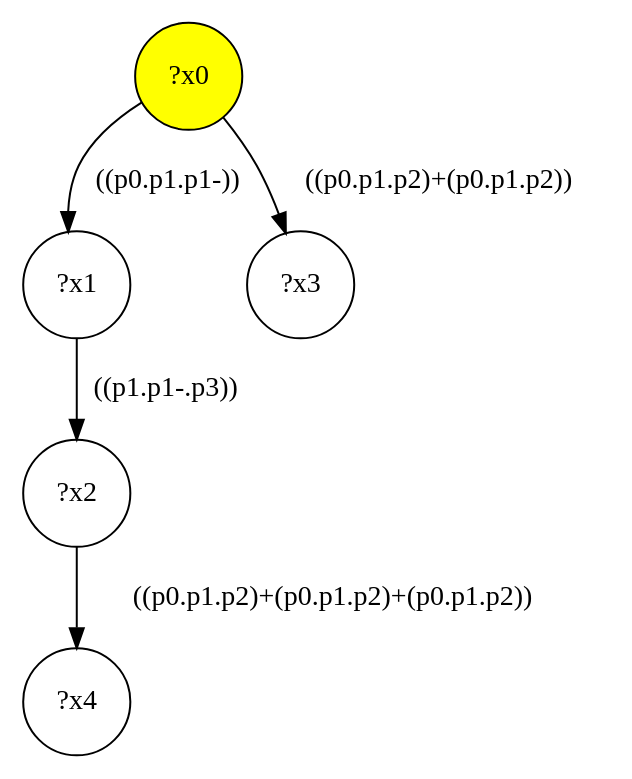
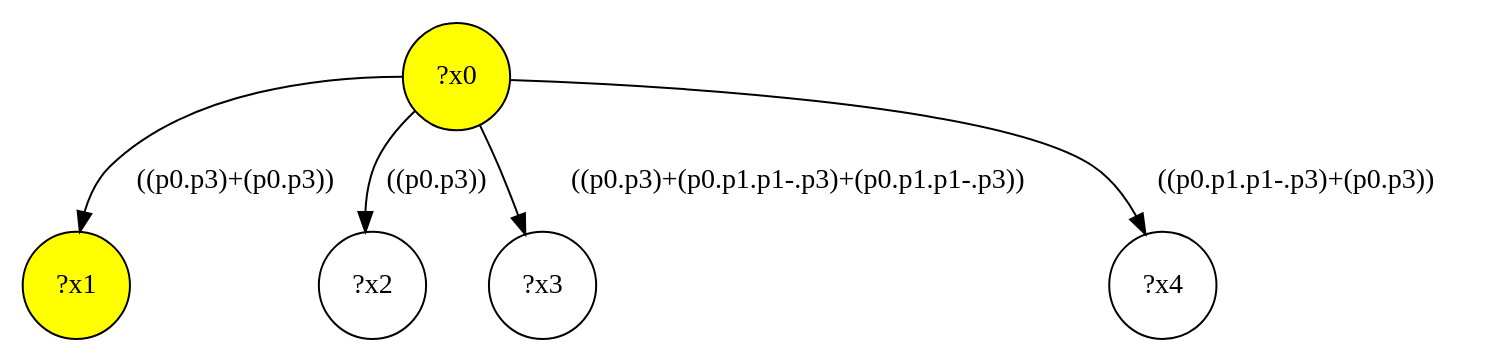
The diagram in src/queryinterface/interface-queries/query-38.dot (gbagan/gmark), drawn with Graphviz before and after one commit. The commit also changed 150 other files, not shown here.

```diff
--- a/src/queryinterface/interface-queries/query-38.dot
+++ b/src/queryinterface/interface-queries/query-38.dot
@@ -1,11 +1,11 @@
 digraph g {
 	x0 [fillcolor="yellow", style="filled," shape=circle, label="?x0"];
-	x1 [shape=circle, label="?x1"];
-	x0 -> x1 [label="((p0.p1.p1-))"];
+	x1 [fillcolor="yellow", style="filled," shape=circle, label="?x1"];
+	x0 -> x1 [label="((p0.p3)+(p0.p3))"];
 	x2 [shape=circle, label="?x2"];
-	x1 -> x2 [label="((p1.p1-.p3))"];
+	x0 -> x2 [label="((p0.p3))"];
 	x3 [shape=circle, label="?x3"];
-	x0 -> x3 [label="((p0.p1.p2)+(p0.p1.p2))"];
+	x0 -> x3 [label="((p0.p3)+(p0.p1.p1-.p3)+(p0.p1.p1-.p3))"];
 	x4 [shape=circle, label="?x4"];
-	x2 -> x4 [label="((p0.p1.p2)+(p0.p1.p2)+(p0.p1.p2))"];
+	x0 -> x4 [label="((p0.p1.p1-.p3)+(p0.p3))"];
 }
```
